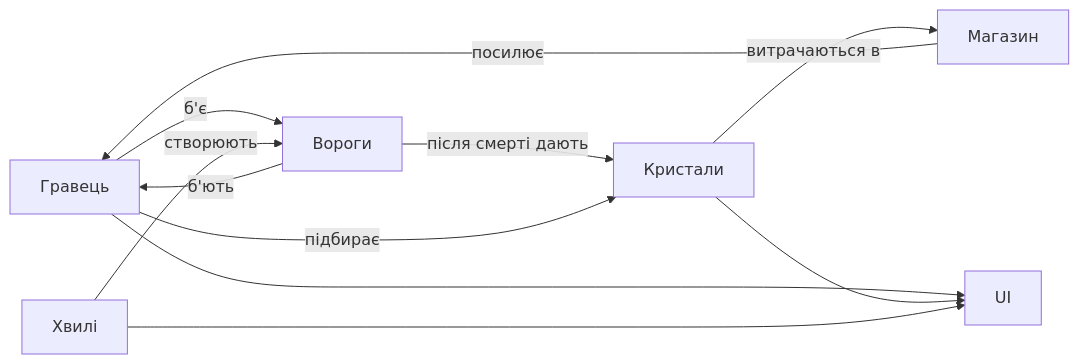
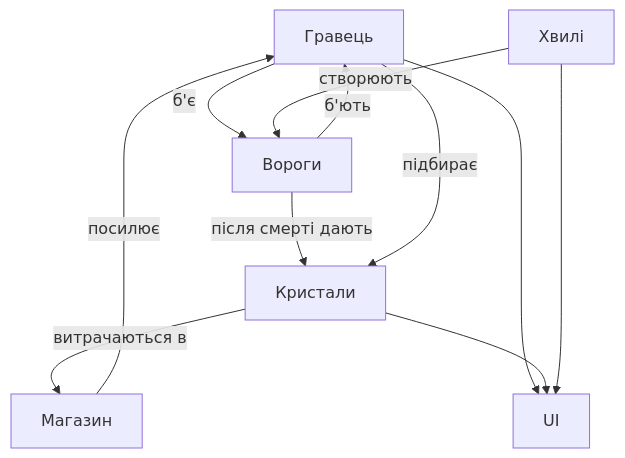
The diagram in docs/schema.md (amlnkk/crystal-siege), drawn with Mermaid before and after one commit.

````diff
--- a/docs/schema.md
+++ b/docs/schema.md
@@ -5,13 +5,13 @@
 ```mermaid
-flowchart LR
+flowchart TB
     Гравець -->|б'є| Вороги
     Вороги -->|б'ють| Гравець
     Вороги -->|після смерті дають| Кристали
     Гравець -->|підбирає| Кристали
     Кристали -->|витрачаються в| Магазин
     Магазин -->|посилює| Гравець
     Хвилі -->|створюють| Вороги
     Гравець --> UI
     Кристали --> UI
     Хвилі --> UI
 ```
````
